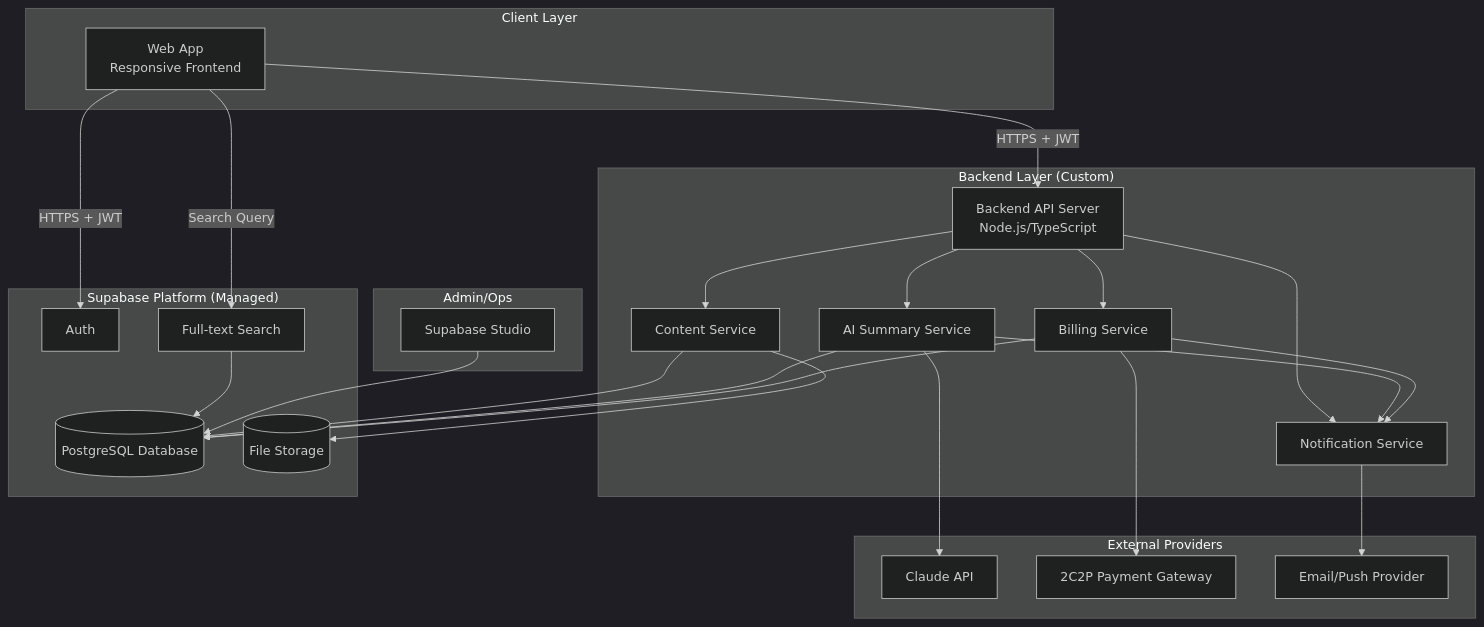
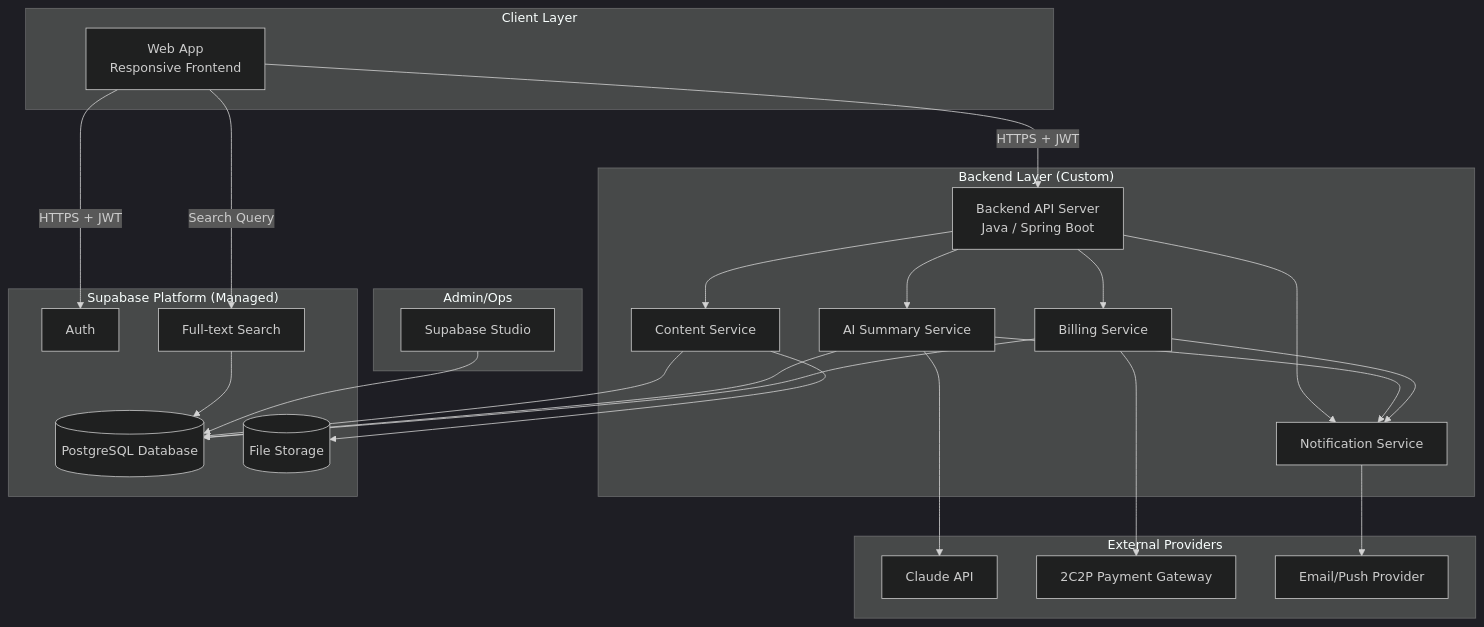
Before and after one commit to schoenaksorn/AiReadingAndLearningHub: the first of 5 diagrams in docs/04-System-Architecture.md, drawn with Mermaid (dark theme). The commit also changed other lines of this file and 3 other files, not shown here.

````diff
--- a/docs/04-System-Architecture.md
+++ b/docs/04-System-Architecture.md
@@ -26,55 +26,55 @@
 ```mermaid
 flowchart TB
     subgraph Client["Client Layer"]
         WEB[Web App<br/>Responsive Frontend]
     end
 
     subgraph Backend["Backend Layer (Custom)"]
-        API[Backend API Server<br/>Node.js/TypeScript]
+        API[Backend API Server<br/>Java / Spring Boot]
         CONTENTSVC[Content Service]
         AISVC[AI Summary Service]
         NOTISVC[Notification Service]
         BILLSVC[Billing Service]
     end
 
     subgraph Supabase["Supabase Platform (Managed)"]
         AUTH[Auth]
         DB[(PostgreSQL Database)]
         STORAGE[(File Storage)]
         SEARCH[Full-text Search]
     end
 
     subgraph External["External Providers"]
         CLAUDE[Claude API]
         C2P[2C2P Payment Gateway]
         EMAILP[Email/Push Provider]
     end
 
     subgraph Admin["Admin/Ops"]
         STUDIO[Supabase Studio]
     end
 
     WEB -->|HTTPS + JWT| AUTH
     WEB -->|HTTPS + JWT| API
     API --> CONTENTSVC
     API --> AISVC
     API --> NOTISVC
     API --> BILLSVC
 
     CONTENTSVC --> STORAGE
     CONTENTSVC --> DB
     AISVC --> CLAUDE
     AISVC --> DB
     AISVC --> NOTISVC
 
     BILLSVC --> C2P
     BILLSVC --> DB
     BILLSVC --> NOTISVC
 
     NOTISVC --> EMAILP
 
     WEB -->|Search Query| SEARCH
     SEARCH --> DB
 
     STUDIO --> DB
 ```
````
